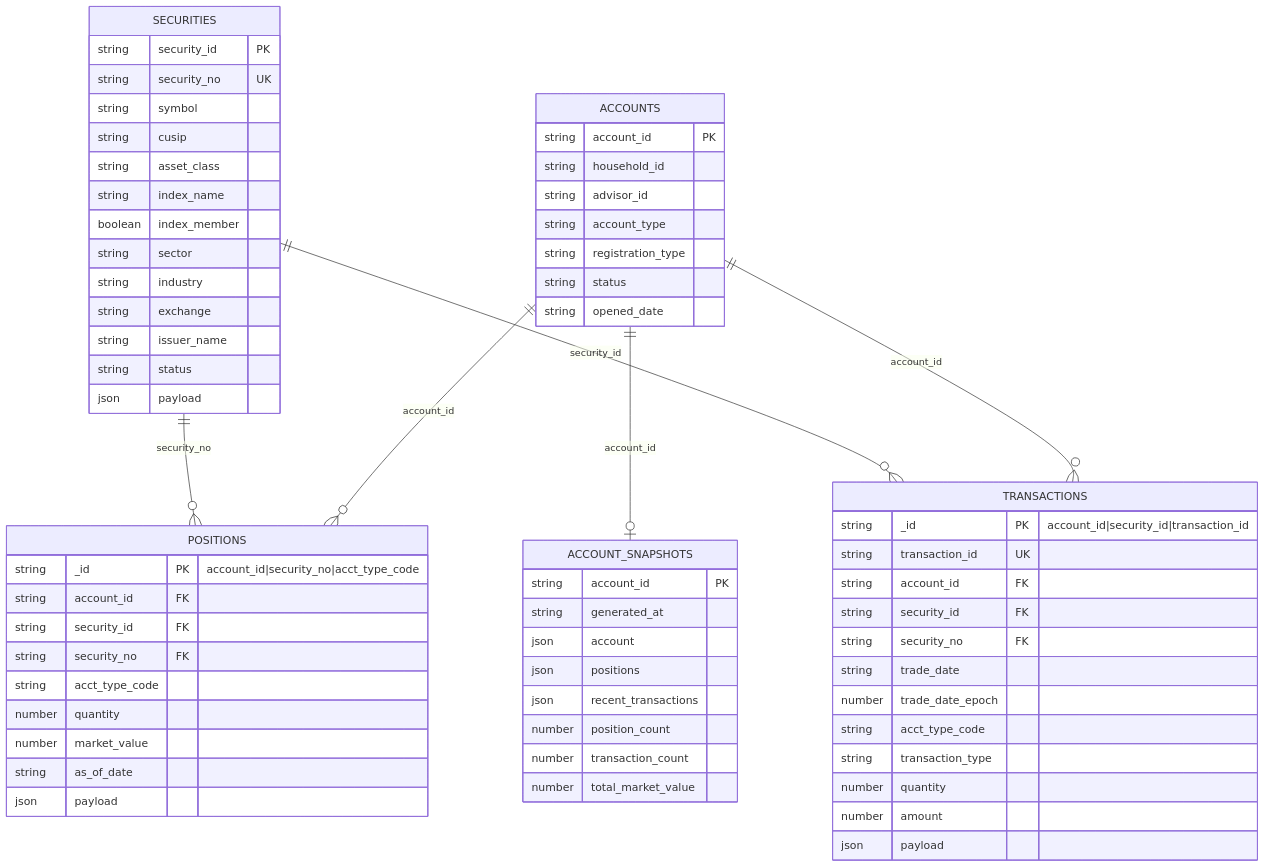
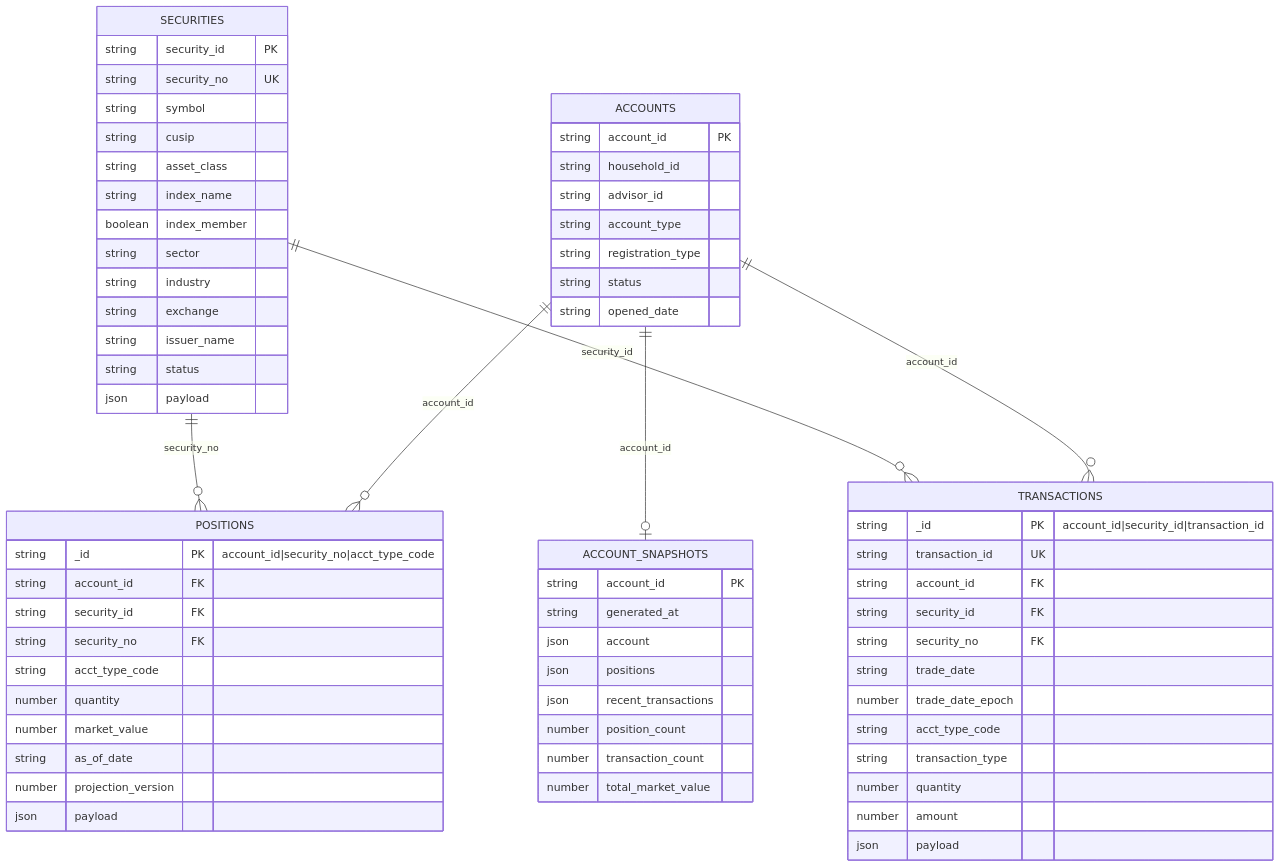
The first of 4 diagrams in README.md (alberttwong/redis_financial_demo), drawn with Mermaid before and after one commit. The commit also changed other lines of this file and 24 other files, not shown here.

````diff
--- a/README.md
+++ b/README.md
@@ -103,72 +107,73 @@
 ```mermaid
 erDiagram
     ACCOUNTS ||--o{ POSITIONS : "account_id"
     ACCOUNTS ||--o{ TRANSACTIONS : "account_id"
     SECURITIES ||--o{ POSITIONS : "security_no"
     SECURITIES ||--o{ TRANSACTIONS : "security_id"
     ACCOUNTS ||--o| ACCOUNT_SNAPSHOTS : "account_id"
 
     ACCOUNTS {
         string account_id PK
         string household_id
         string advisor_id
         string account_type
         string registration_type
         string status
         string opened_date
     }
 
     SECURITIES {
         string security_id PK
         string security_no UK
         string symbol
         string cusip
         string asset_class
         string index_name
         boolean index_member
         string sector
         string industry
         string exchange
         string issuer_name
         string status
         json payload
     }
 
     POSITIONS {
         string _id PK "account_id|security_no|acct_type_code"
         string account_id FK
         string security_id FK
         string security_no FK
         string acct_type_code
         number quantity
         number market_value
         string as_of_date
+        number projection_version
         json payload
     }
 
     TRANSACTIONS {
         string _id PK "account_id|security_id|transaction_id"
         string transaction_id UK
         string account_id FK
         string security_id FK
         string security_no FK
         string trade_date
         number trade_date_epoch
         string acct_type_code
         string transaction_type
         number quantity
         number amount
         json payload
     }
 
     ACCOUNT_SNAPSHOTS {
         string account_id PK
         string generated_at
         json account
         json positions
         json recent_transactions
         number position_count
         number transaction_count
         number total_market_value
     }
 ```
````
